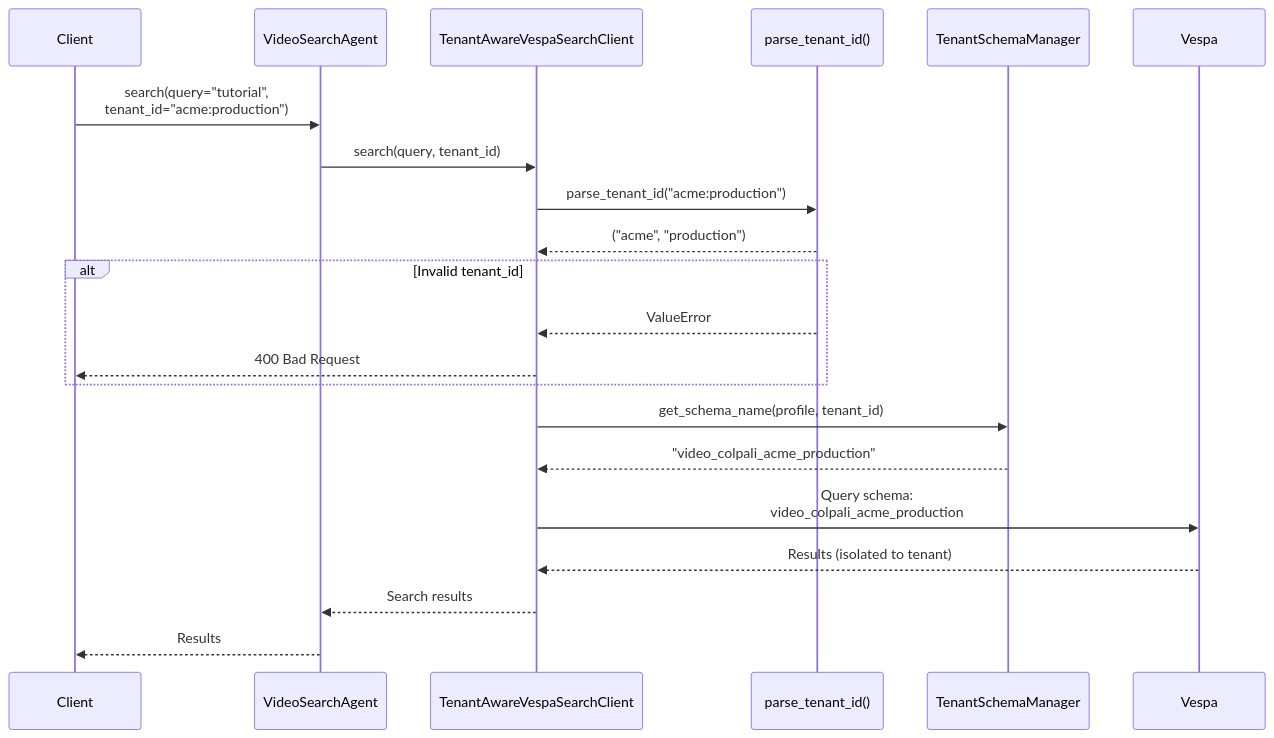
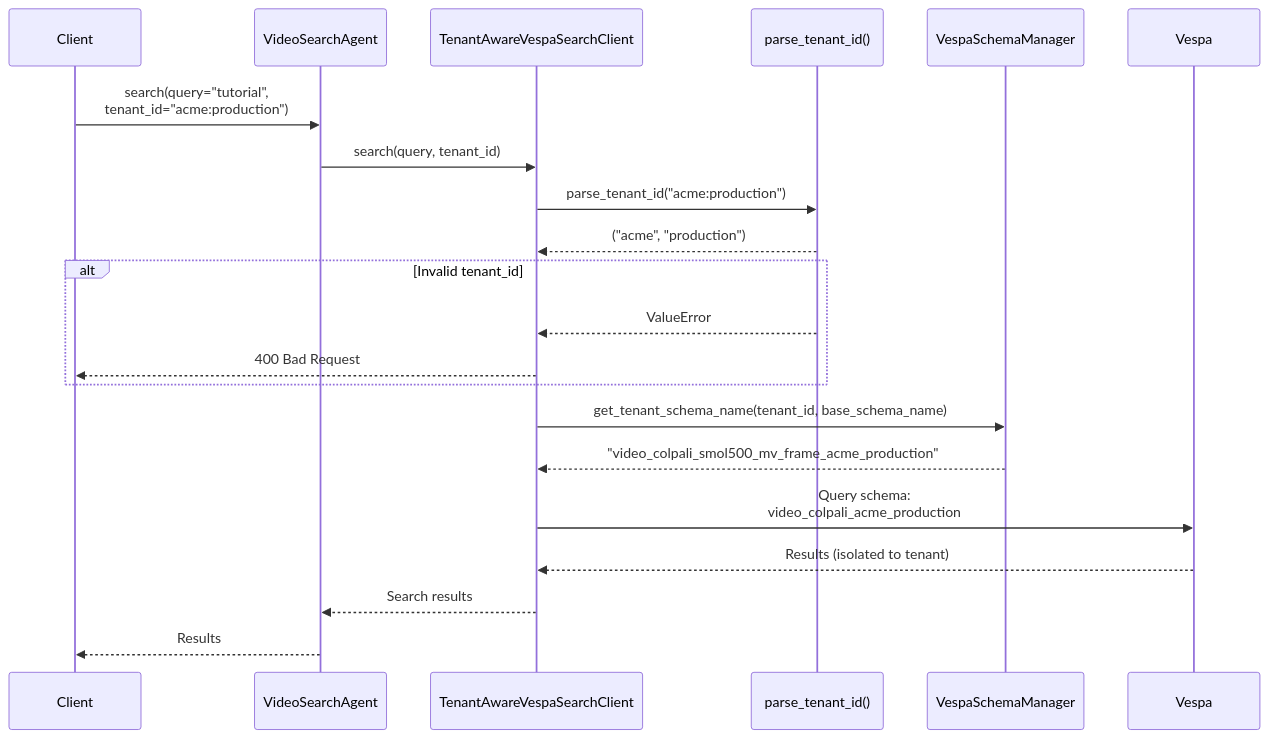
The fourth of 5 diagrams in docs/operations/multi-tenant-management.md (amit-jain/cogniverse), drawn with Mermaid before and after one commit. The commit also changed other lines of this file and 83 other files, not shown here.

First line of the commit message:
Fix documentation veracity, formatting, and diagrams across all modules

````diff
--- a/docs/operations/multi-tenant-management.md
+++ b/docs/operations/multi-tenant-management.md
@@ -439,30 +441,30 @@
 ```mermaid
 sequenceDiagram
     participant Client
     participant Agent as VideoSearchAgent
     participant SearchClient as TenantAwareVespaSearchClient
     participant Parser as parse_tenant_id()
-    participant SchemaManager as TenantSchemaManager
+    participant SchemaManager as VespaSchemaManager
     participant Vespa
 
     Client->>Agent: search(query="tutorial",<br/>tenant_id="acme:production")
 
     Agent->>SearchClient: search(query, tenant_id)
 
     SearchClient->>Parser: parse_tenant_id("acme:production")
     Parser-->>SearchClient: ("acme", "production")
 
     alt Invalid tenant_id
         Parser-->>SearchClient: ValueError
         SearchClient-->>Client: 400 Bad Request
     end
 
-    SearchClient->>SchemaManager: get_schema_name(profile, tenant_id)
-    SchemaManager-->>SearchClient: "video_colpali_acme_production"
+    SearchClient->>SchemaManager: get_tenant_schema_name(tenant_id, base_schema_name)
+    SchemaManager-->>SearchClient: "video_colpali_smol500_mv_frame_acme_production"
 
     SearchClient->>Vespa: Query schema:<br/>video_colpali_acme_production
     Vespa-->>SearchClient: Results (isolated to tenant)
 
     SearchClient-->>Agent: Search results
     Agent-->>Client: Results
 ```
````
